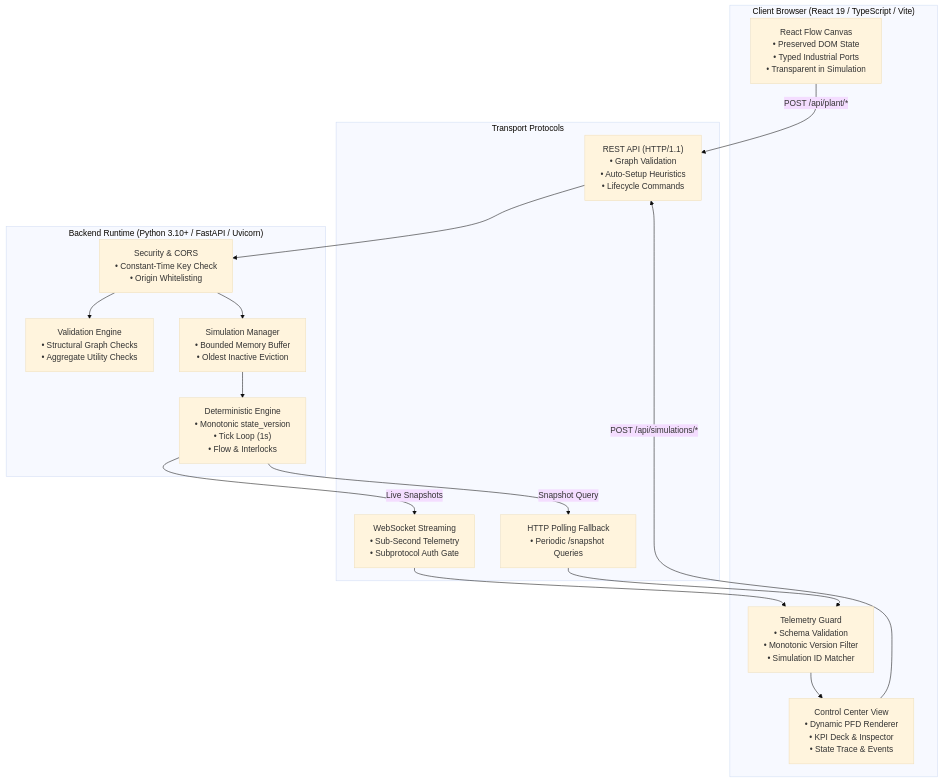
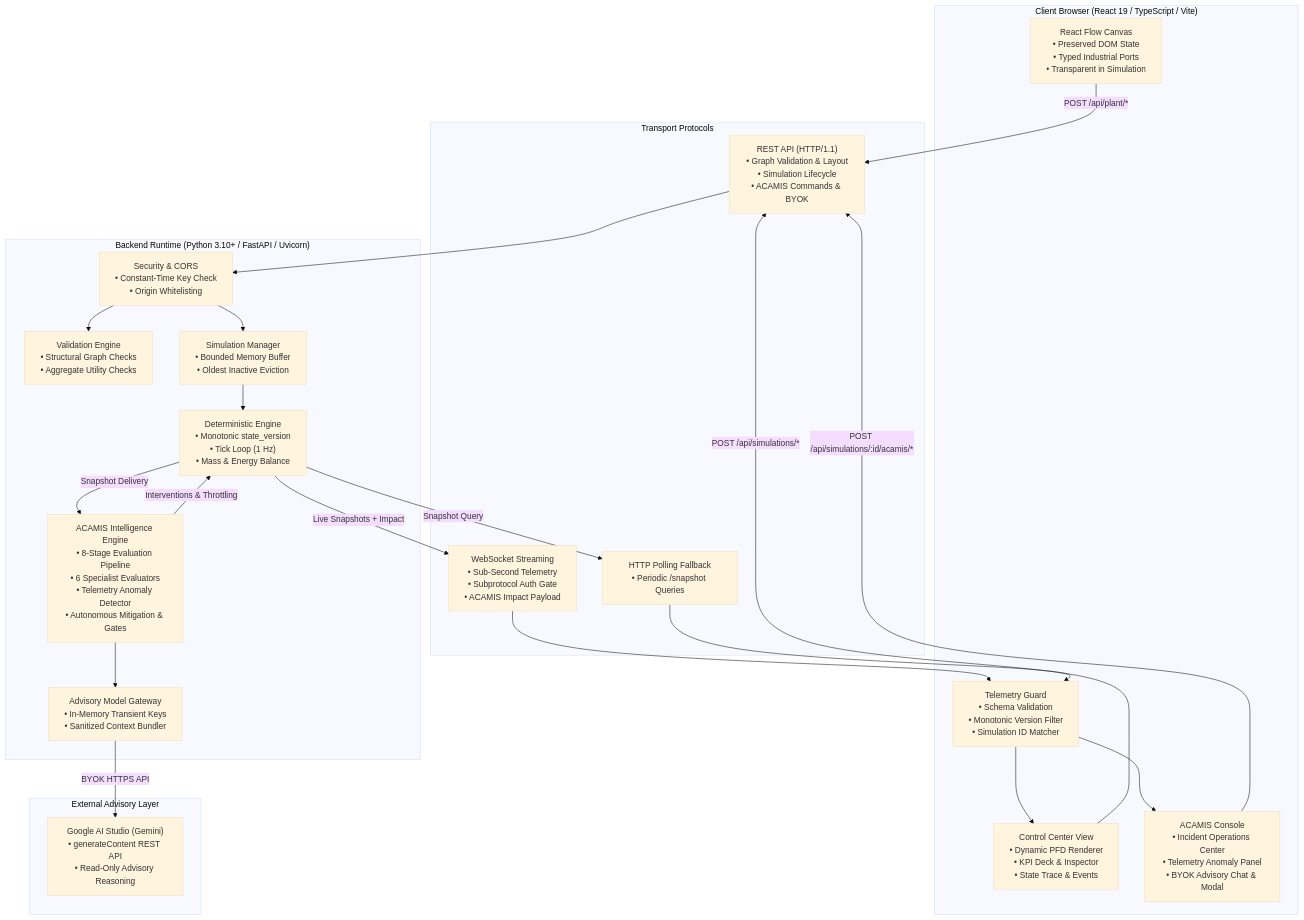
One commit to prabhasb06/steelsimdocumentation changed the diagram in project/architecture.md. Above: the diagram before and after it, drawn with Mermaid (base theme). The commit also changed other lines of this file and 38 other files, not shown here.

Commit message:
feat: complete Task 3 & 3.1 ACAMIS docs, vector Mermaid diagrams, and render blueprint

```diff
--- a/project/architecture.md
+++ b/project/architecture.md
@@ -7,33 +7,46 @@
 <pre class="mermaid">
 graph TB
     subgraph Browser ["Client Browser (React 19 / TypeScript / Vite)"]
         Canvas["React Flow Canvas<br/>• Preserved DOM State<br/>• Typed Industrial Ports<br/>• Transparent in Simulation"]
         Control["Control Center View<br/>• Dynamic PFD Renderer<br/>• KPI Deck & Inspector<br/>• State Trace & Events"]
+        AcamisUI["ACAMIS Console<br/>• Incident Operations Center<br/>• Telemetry Anomaly Panel<br/>• BYOK Advisory Chat & Modal"]
         ClientGuard["Telemetry Guard<br/>• Schema Validation<br/>• Monotonic Version Filter<br/>• Simulation ID Matcher"]
     end
 
     subgraph Network ["Transport Protocols"]
-        REST["REST API (HTTP/1.1)<br/>• Graph Validation<br/>• Auto-Setup Heuristics<br/>• Lifecycle Commands"]
-        WS["WebSocket Streaming<br/>• Sub-Second Telemetry<br/>• Subprotocol Auth Gate"]
+        REST["REST API (HTTP/1.1)<br/>• Graph Validation & Layout<br/>• Simulation Lifecycle<br/>• ACAMIS Commands & BYOK"]
+        WS["WebSocket Streaming<br/>• Sub-Second Telemetry<br/>• Subprotocol Auth Gate<br/>• ACAMIS Impact Payload"]
         Poll["HTTP Polling Fallback<br/>• Periodic /snapshot Queries"]
     end
 
     subgraph Backend ["Backend Runtime (Python 3.10+ / FastAPI / Uvicorn)"]
         AuthMiddleware["Security & CORS<br/>• Constant-Time Key Check<br/>• Origin Whitelisting"]
         TopologyEngine["Validation Engine<br/>• Structural Graph Checks<br/>• Aggregate Utility Checks"]
         SimManager["Simulation Manager<br/>• Bounded Memory Buffer<br/>• Oldest Inactive Eviction"]
-        Engine["Deterministic Engine<br/>• Monotonic state_version<br/>• Tick Loop (1s)<br/>• Flow & Interlocks"]
+        Engine["Deterministic Engine<br/>• Monotonic state_version<br/>• Tick Loop (1 Hz)<br/>• Mass & Energy Balance"]
+        AcamisCore["ACAMIS Intelligence Engine<br/>• 8-Stage Evaluation Pipeline<br/>• 6 Specialist Evaluators<br/>• Telemetry Anomaly Detector<br/>• Autonomous Mitigation & Gates"]
+        Gateway["Advisory Model Gateway<br/>• In-Memory Transient Keys<br/>• Sanitized Context Bundler"]
+    end
+
+    subgraph ExternalCloud ["External Advisory Layer"]
+        GeminiAPI["Google AI Studio (Gemini)<br/>• generateContent REST API<br/>• Read-Only Advisory Reasoning"]
     end
 
     Canvas -->|POST /api/plant/*| REST
     Control -->|POST /api/simulations/*| REST
+    AcamisUI -->|POST /api/simulations/:id/acamis/*| REST
     REST --> AuthMiddleware
     AuthMiddleware --> TopologyEngine
     AuthMiddleware --> SimManager
     SimManager --> Engine
-    Engine -->|Live Snapshots| WS
+    Engine -->|Snapshot Delivery| AcamisCore
+    AcamisCore -->|Interventions & Throttling| Engine
+    AcamisCore --> Gateway
+    Gateway -->|BYOK HTTPS API| GeminiAPI
+    Engine -->|Live Snapshots + Impact| WS
     Engine -->|Snapshot Query| Poll
     WS --> ClientGuard
     Poll --> ClientGuard
     ClientGuard --> Control
+    ClientGuard --> AcamisUI
 </pre>
```
